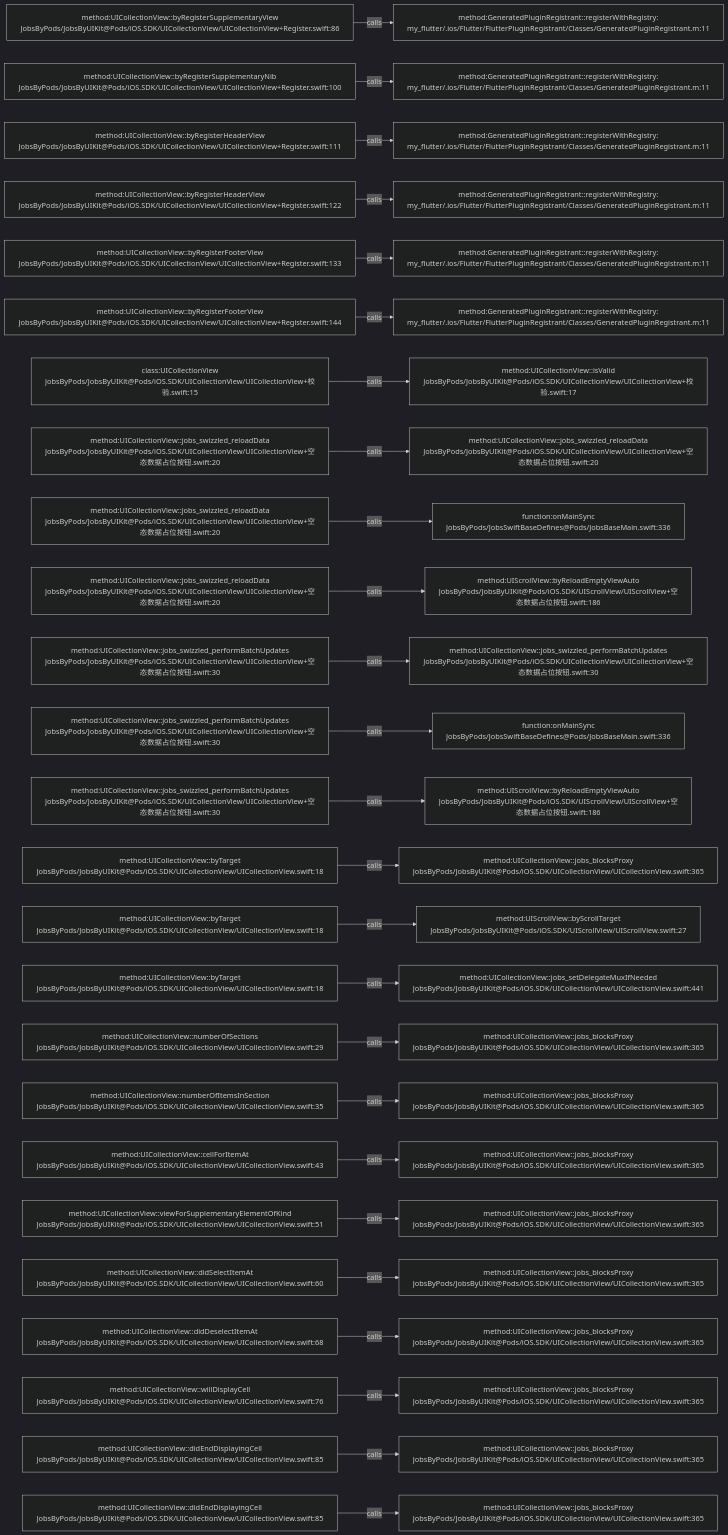
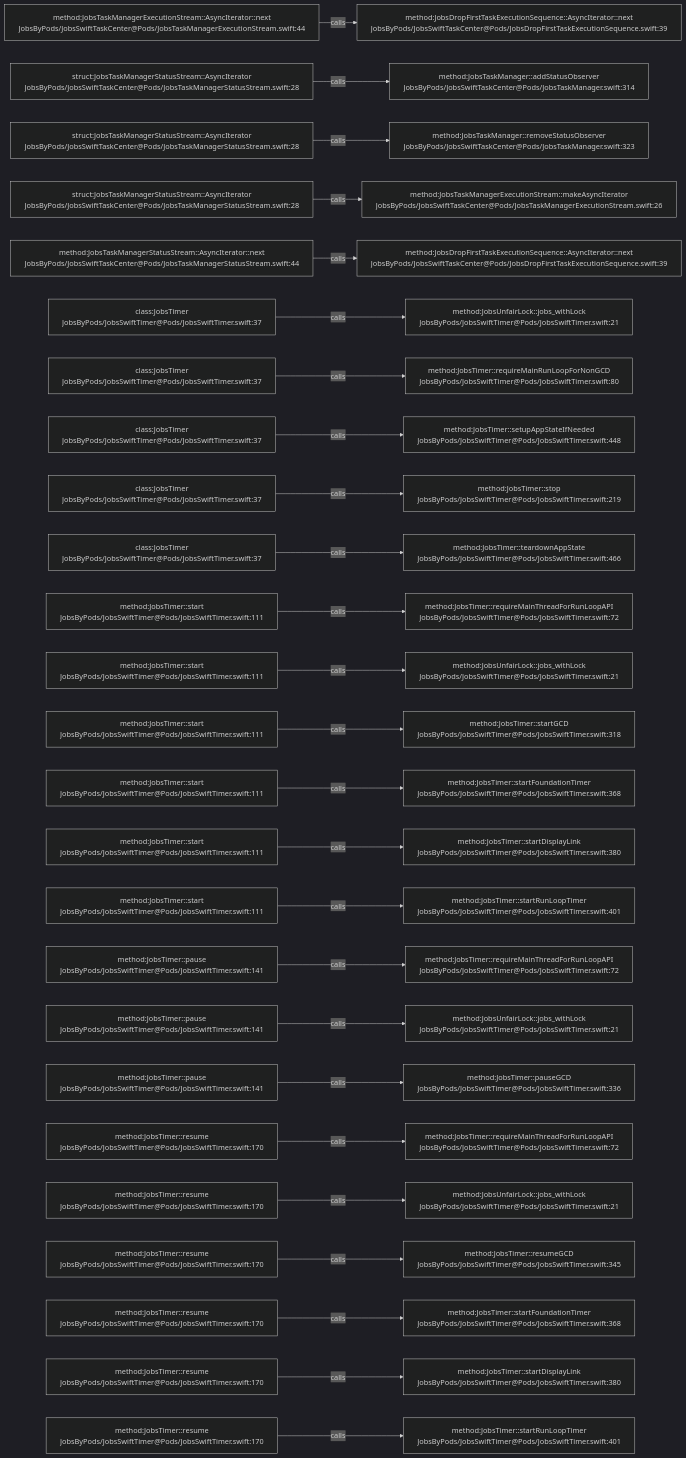
Before and after one commit to JobsKits/JobsSwiftBaseConfigDemo: the diagram in .codegraph/codegraph.md/graphs/calls-059.md, drawn with Mermaid (dark theme). The commit also changed 569 other files, not shown here.

````diff
--- a/.codegraph/codegraph.md/graphs/calls-059.md
+++ b/.codegraph/codegraph.md/graphs/calls-059.md
@@ -13,78 +13,78 @@
 ```mermaid
 flowchart LR
-  S1["method:UICollectionView::byRegisterSupplementaryView<br/>JobsByPods/JobsByUIKit@Pods/iOS.SDK/UICollectionView/UICollectionView+Register.swift:86"]
-  T1["method:GeneratedPluginRegistrant::registerWithRegistry:<br/>my_flutter/.ios/Flutter/FlutterPluginRegistrant/Classes/GeneratedPluginRegistrant.m:11"]
+  S1["method:JobsTaskManagerExecutionStream::AsyncIterator::next<br/>JobsByPods/JobsSwiftTaskCenter@Pods/JobsTaskManagerExecutionStream.swift:44"]
+  T1["method:JobsDropFirstTaskExecutionSequence::AsyncIterator::next<br/>JobsByPods/JobsSwiftTaskCenter@Pods/JobsDropFirstTaskExecutionSequence.swift:39"]
   S1 -->|calls| T1
-  S2["method:UICollectionView::byRegisterSupplementaryNib<br/>JobsByPods/JobsByUIKit@Pods/iOS.SDK/UICollectionView/UICollectionView+Register.swift:100"]
-  T2["method:GeneratedPluginRegistrant::registerWithRegistry:<br/>my_flutter/.ios/Flutter/FlutterPluginRegistrant/Classes/GeneratedPluginRegistrant.m:11"]
+  S2["struct:JobsTaskManagerStatusStream::AsyncIterator<br/>JobsByPods/JobsSwiftTaskCenter@Pods/JobsTaskManagerStatusStream.swift:28"]
+  T2["method:JobsTaskManager::addStatusObserver<br/>JobsByPods/JobsSwiftTaskCenter@Pods/JobsTaskManager.swift:314"]
   S2 -->|calls| T2
-  S3["method:UICollectionView::byRegisterHeaderView<br/>JobsByPods/JobsByUIKit@Pods/iOS.SDK/UICollectionView/UICollectionView+Register.swift:111"]
-  T3["method:GeneratedPluginRegistrant::registerWithRegistry:<br/>my_flutter/.ios/Flutter/FlutterPluginRegistrant/Classes/GeneratedPluginRegistrant.m:11"]
+  S3["struct:JobsTaskManagerStatusStream::AsyncIterator<br/>JobsByPods/JobsSwiftTaskCenter@Pods/JobsTaskManagerStatusStream.swift:28"]
+  T3["method:JobsTaskManager::removeStatusObserver<br/>JobsByPods/JobsSwiftTaskCenter@Pods/JobsTaskManager.swift:323"]
   S3 -->|calls| T3
-  S4["method:UICollectionView::byRegisterHeaderView<br/>JobsByPods/JobsByUIKit@Pods/iOS.SDK/UICollectionView/UICollectionView+Register.swift:122"]
-  T4["method:GeneratedPluginRegistrant::registerWithRegistry:<br/>my_flutter/.ios/Flutter/FlutterPluginRegistrant/Classes/GeneratedPluginRegistrant.m:11"]
+  S4["struct:JobsTaskManagerStatusStream::AsyncIterator<br/>JobsByPods/JobsSwiftTaskCenter@Pods/JobsTaskManagerStatusStream.swift:28"]
+  T4["method:JobsTaskManagerExecutionStream::makeAsyncIterator<br/>JobsByPods/JobsSwiftTaskCenter@Pods/JobsTaskManagerExecutionStream.swift:26"]
   S4 -->|calls| T4
-  S5["method:UICollectionView::byRegisterFooterView<br/>JobsByPods/JobsByUIKit@Pods/iOS.SDK/UICollectionView/UICollectionView+Register.swift:133"]
-  T5["method:GeneratedPluginRegistrant::registerWithRegistry:<br/>my_flutter/.ios/Flutter/FlutterPluginRegistrant/Classes/GeneratedPluginRegistrant.m:11"]
+  S5["method:JobsTaskManagerStatusStream::AsyncIterator::next<br/>JobsByPods/JobsSwiftTaskCenter@Pods/JobsTaskManagerStatusStream.swift:44"]
+  T5["method:JobsDropFirstTaskExecutionSequence::AsyncIterator::next<br/>JobsByPods/JobsSwiftTaskCenter@Pods/JobsDropFirstTaskExecutionSequence.swift:39"]
   S5 -->|calls| T5
-  S6["method:UICollectionView::byRegisterFooterView<br/>JobsByPods/JobsByUIKit@Pods/iOS.SDK/UICollectionView/UICollectionView+Register.swift:144"]
-  T6["method:GeneratedPluginRegistrant::registerWithRegistry:<br/>my_flutter/.ios/Flutter/FlutterPluginRegistrant/Classes/GeneratedPluginRegistrant.m:11"]
+  S6["class:JobsTimer<br/>JobsByPods/JobsSwiftTimer@Pods/JobsSwiftTimer.swift:37"]
+  T6["method:JobsUnfairLock::jobs_withLock<br/>JobsByPods/JobsSwiftTimer@Pods/JobsSwiftTimer.swift:21"]
   S6 -->|calls| T6
-  S7["class:UICollectionView<br/>JobsByPods/JobsByUIKit@Pods/iOS.SDK/UICollectionView/UICollectionView+校验.swift:15"]
-  T7["method:UICollectionView::isValid<br/>JobsByPods/JobsByUIKit@Pods/iOS.SDK/UICollectionView/UICollectionView+校验.swift:17"]
+  S7["class:JobsTimer<br/>JobsByPods/JobsSwiftTimer@Pods/JobsSwiftTimer.swift:37"]
+  T7["method:JobsTimer::requireMainRunLoopForNonGCD<br/>JobsByPods/JobsSwiftTimer@Pods/JobsSwiftTimer.swift:80"]
   S7 -->|calls| T7
-  S8["method:UICollectionView::jobs_swizzled_reloadData<br/>JobsByPods/JobsByUIKit@Pods/iOS.SDK/UICollectionView/UICollectionView+空态数据占位按钮.swift:20"]
-  T8["method:UICollectionView::jobs_swizzled_reloadData<br/>JobsByPods/JobsByUIKit@Pods/iOS.SDK/UICollectionView/UICollectionView+空态数据占位按钮.swift:20"]
+  S8["class:JobsTimer<br/>JobsByPods/JobsSwiftTimer@Pods/JobsSwiftTimer.swift:37"]
+  T8["method:JobsTimer::setupAppStateIfNeeded<br/>JobsByPods/JobsSwiftTimer@Pods/JobsSwiftTimer.swift:448"]
   S8 -->|calls| T8
-  S9["method:UICollectionView::jobs_swizzled_reloadData<br/>JobsByPods/JobsByUIKit@Pods/iOS.SDK/UICollectionView/UICollectionView+空态数据占位按钮.swift:20"]
-  T9["function:onMainSync<br/>JobsByPods/JobsSwiftBaseDefines@Pods/JobsBaseMain.swift:336"]
+  S9["class:JobsTimer<br/>JobsByPods/JobsSwiftTimer@Pods/JobsSwiftTimer.swift:37"]
+  T9["method:JobsTimer::stop<br/>JobsByPods/JobsSwiftTimer@Pods/JobsSwiftTimer.swift:219"]
   S9 -->|calls| T9
-  S10["method:UICollectionView::jobs_swizzled_reloadData<br/>JobsByPods/JobsByUIKit@Pods/iOS.SDK/UICollectionView/UICollectionView+空态数据占位按钮.swift:20"]
-  T10["method:UIScrollView::byReloadEmptyViewAuto<br/>JobsByPods/JobsByUIKit@Pods/iOS.SDK/UIScrollView/UIScrollView+空态数据占位按钮.swift:186"]
+  S10["class:JobsTimer<br/>JobsByPods/JobsSwiftTimer@Pods/JobsSwiftTimer.swift:37"]
+  T10["method:JobsTimer::teardownAppState<br/>JobsByPods/JobsSwiftTimer@Pods/JobsSwiftTimer.swift:466"]
   S10 -->|calls| T10
-  S11["method:UICollectionView::jobs_swizzled_performBatchUpdates<br/>JobsByPods/JobsByUIKit@Pods/iOS.SDK/UICollectionView/UICollectionView+空态数据占位按钮.swift:30"]
-  T11["method:UICollectionView::jobs_swizzled_performBatchUpdates<br/>JobsByPods/JobsByUIKit@Pods/iOS.SDK/UICollectionView/UICollectionView+空态数据占位按钮.swift:30"]
+  S11["method:JobsTimer::start<br/>JobsByPods/JobsSwiftTimer@Pods/JobsSwiftTimer.swift:111"]
+  T11["method:JobsTimer::requireMainThreadForRunLoopAPI<br/>JobsByPods/JobsSwiftTimer@Pods/JobsSwiftTimer.swift:72"]
   S11 -->|calls| T11
-  S12["method:UICollectionView::jobs_swizzled_performBatchUpdates<br/>JobsByPods/JobsByUIKit@Pods/iOS.SDK/UICollectionView/UICollectionView+空态数据占位按钮.swift:30"]
-  T12["function:onMainSync<br/>JobsByPods/JobsSwiftBaseDefines@Pods/JobsBaseMain.swift:336"]
+  S12["method:JobsTimer::start<br/>JobsByPods/JobsSwiftTimer@Pods/JobsSwiftTimer.swift:111"]
+  T12["method:JobsUnfairLock::jobs_withLock<br/>JobsByPods/JobsSwiftTimer@Pods/JobsSwiftTimer.swift:21"]
   S12 -->|calls| T12
-  S13["method:UICollectionView::jobs_swizzled_performBatchUpdates<br/>JobsByPods/JobsByUIKit@Pods/iOS.SDK/UICollectionView/UICollectionView+空态数据占位按钮.swift:30"]
-  T13["method:UIScrollView::byReloadEmptyViewAuto<br/>JobsByPods/JobsByUIKit@Pods/iOS.SDK/UIScrollView/UIScrollView+空态数据占位按钮.swift:186"]
+  S13["method:JobsTimer::start<br/>JobsByPods/JobsSwiftTimer@Pods/JobsSwiftTimer.swift:111"]
+  T13["method:JobsTimer::startGCD<br/>JobsByPods/JobsSwiftTimer@Pods/JobsSwiftTimer.swift:318"]
   S13 -->|calls| T13
-  S14["method:UICollectionView::byTarget<br/>JobsByPods/JobsByUIKit@Pods/iOS.SDK/UICollectionView/UICollectionView.swift:18"]
-  T14["method:UICollectionView::jobs_blocksProxy<br/>JobsByPods/JobsByUIKit@Pods/iOS.SDK/UICollectionView/UICollectionView.swift:365"]
+  S14["method:JobsTimer::start<br/>JobsByPods/JobsSwiftTimer@Pods/JobsSwiftTimer.swift:111"]
+  T14["method:JobsTimer::startFoundationTimer<br/>JobsByPods/JobsSwiftTimer@Pods/JobsSwiftTimer.swift:368"]
   S14 -->|calls| T14
-  S15["method:UICollectionView::byTarget<br/>JobsByPods/JobsByUIKit@Pods/iOS.SDK/UICollectionView/UICollectionView.swift:18"]
-  T15["method:UIScrollView::byScrollTarget<br/>JobsByPods/JobsByUIKit@Pods/iOS.SDK/UIScrollView/UIScrollView.swift:27"]
+  S15["method:JobsTimer::start<br/>JobsByPods/JobsSwiftTimer@Pods/JobsSwiftTimer.swift:111"]
+  T15["method:JobsTimer::startDisplayLink<br/>JobsByPods/JobsSwiftTimer@Pods/JobsSwiftTimer.swift:380"]
   S15 -->|calls| T15
-  S16["method:UICollectionView::byTarget<br/>JobsByPods/JobsByUIKit@Pods/iOS.SDK/UICollectionView/UICollectionView.swift:18"]
-  T16["method:UICollectionView::jobs_setDelegateMuxIfNeeded<br/>JobsByPods/JobsByUIKit@Pods/iOS.SDK/UICollectionView/UICollectionView.swift:441"]
+  S16["method:JobsTimer::start<br/>JobsByPods/JobsSwiftTimer@Pods/JobsSwiftTimer.swift:111"]
+  T16["method:JobsTimer::startRunLoopTimer<br/>JobsByPods/JobsSwiftTimer@Pods/JobsSwiftTimer.swift:401"]
   S16 -->|calls| T16
-  S17["method:UICollectionView::numberOfSections<br/>JobsByPods/JobsByUIKit@Pods/iOS.SDK/UICollectionView/UICollectionView.swift:29"]
-  T17["method:UICollectionView::jobs_blocksProxy<br/>JobsByPods/JobsByUIKit@Pods/iOS.SDK/UICollectionView/UICollectionView.swift:365"]
+  S17["method:JobsTimer::pause<br/>JobsByPods/JobsSwiftTimer@Pods/JobsSwiftTimer.swift:141"]
+  T17["method:JobsTimer::requireMainThreadForRunLoopAPI<br/>JobsByPods/JobsSwiftTimer@Pods/JobsSwiftTimer.swift:72"]
   S17 -->|calls| T17
-  S18["method:UICollectionView::numberOfItemsInSection<br/>JobsByPods/JobsByUIKit@Pods/iOS.SDK/UICollectionView/UICollectionView.swift:35"]
-  T18["method:UICollectionView::jobs_blocksProxy<br/>JobsByPods/JobsByUIKit@Pods/iOS.SDK/UICollectionView/UICollectionView.swift:365"]
+  S18["method:JobsTimer::pause<br/>JobsByPods/JobsSwiftTimer@Pods/JobsSwiftTimer.swift:141"]
+  T18["method:JobsUnfairLock::jobs_withLock<br/>JobsByPods/JobsSwiftTimer@Pods/JobsSwiftTimer.swift:21"]
   S18 -->|calls| T18
-  S19["method:UICollectionView::cellForItemAt<br/>JobsByPods/JobsByUIKit@Pods/iOS.SDK/UICollectionView/UICollectionView.swift:43"]
-  T19["method:UICollectionView::jobs_blocksProxy<br/>JobsByPods/JobsByUIKit@Pods/iOS.SDK/UICollectionView/UICollectionView.swift:365"]
+  S19["method:JobsTimer::pause<br/>JobsByPods/JobsSwiftTimer@Pods/JobsSwiftTimer.swift:141"]
+  T19["method:JobsTimer::pauseGCD<br/>JobsByPods/JobsSwiftTimer@Pods/JobsSwiftTimer.swift:336"]
   S19 -->|calls| T19
-  S20["method:UICollectionView::viewForSupplementaryElementOfKind<br/>JobsByPods/JobsByUIKit@Pods/iOS.SDK/UICollectionView/UICollectionView.swift:51"]
-  T20["method:UICollectionView::jobs_blocksProxy<br/>JobsByPods/JobsByUIKit@Pods/iOS.SDK/UICollectionView/UICollectionView.swift:365"]
+  S20["method:JobsTimer::resume<br/>JobsByPods/JobsSwiftTimer@Pods/JobsSwiftTimer.swift:170"]
+  T20["method:JobsTimer::requireMainThreadForRunLoopAPI<br/>JobsByPods/JobsSwiftTimer@Pods/JobsSwiftTimer.swift:72"]
   S20 -->|calls| T20
-  S21["method:UICollectionView::didSelectItemAt<br/>JobsByPods/JobsByUIKit@Pods/iOS.SDK/UICollectionView/UICollectionView.swift:60"]
-  T21["method:UICollectionView::jobs_blocksProxy<br/>JobsByPods/JobsByUIKit@Pods/iOS.SDK/UICollectionView/UICollectionView.swift:365"]
+  S21["method:JobsTimer::resume<br/>JobsByPods/JobsSwiftTimer@Pods/JobsSwiftTimer.swift:170"]
+  T21["method:JobsUnfairLock::jobs_withLock<br/>JobsByPods/JobsSwiftTimer@Pods/JobsSwiftTimer.swift:21"]
   S21 -->|calls| T21
-  S22["method:UICollectionView::didDeselectItemAt<br/>JobsByPods/JobsByUIKit@Pods/iOS.SDK/UICollectionView/UICollectionView.swift:68"]
-  T22["method:UICollectionView::jobs_blocksProxy<br/>JobsByPods/JobsByUIKit@Pods/iOS.SDK/UICollectionView/UICollectionView.swift:365"]
+  S22["method:JobsTimer::resume<br/>JobsByPods/JobsSwiftTimer@Pods/JobsSwiftTimer.swift:170"]
+  T22["method:JobsTimer::resumeGCD<br/>JobsByPods/JobsSwiftTimer@Pods/JobsSwiftTimer.swift:345"]
   S22 -->|calls| T22
-  S23["method:UICollectionView::willDisplayCell<br/>JobsByPods/JobsByUIKit@Pods/iOS.SDK/UICollectionView/UICollectionView.swift:76"]
-  T23["method:UICollectionView::jobs_blocksProxy<br/>JobsByPods/JobsByUIKit@Pods/iOS.SDK/UICollectionView/UICollectionView.swift:365"]
+  S23["method:JobsTimer::resume<br/>JobsByPods/JobsSwiftTimer@Pods/JobsSwiftTimer.swift:170"]
+  T23["method:JobsTimer::startFoundationTimer<br/>JobsByPods/JobsSwiftTimer@Pods/JobsSwiftTimer.swift:368"]
   S23 -->|calls| T23
-  S24["method:UICollectionView::didEndDisplayingCell<br/>JobsByPods/JobsByUIKit@Pods/iOS.SDK/UICollectionView/UICollectionView.swift:85"]
-  T24["method:UICollectionView::jobs_blocksProxy<br/>JobsByPods/JobsByUIKit@Pods/iOS.SDK/UICollectionView/UICollectionView.swift:365"]
+  S24["method:JobsTimer::resume<br/>JobsByPods/JobsSwiftTimer@Pods/JobsSwiftTimer.swift:170"]
+  T24["method:JobsTimer::startDisplayLink<br/>JobsByPods/JobsSwiftTimer@Pods/JobsSwiftTimer.swift:380"]
   S24 -->|calls| T24
-  S25["method:UICollectionView::didEndDisplayingCell<br/>JobsByPods/JobsByUIKit@Pods/iOS.SDK/UICollectionView/UICollectionView.swift:85"]
-  T25["method:UICollectionView::jobs_blocksProxy<br/>JobsByPods/JobsByUIKit@Pods/iOS.SDK/UICollectionView/UICollectionView.swift:365"]
+  S25["method:JobsTimer::resume<br/>JobsByPods/JobsSwiftTimer@Pods/JobsSwiftTimer.swift:170"]
+  T25["method:JobsTimer::startRunLoopTimer<br/>JobsByPods/JobsSwiftTimer@Pods/JobsSwiftTimer.swift:401"]
   S25 -->|calls| T25
 ```
````
